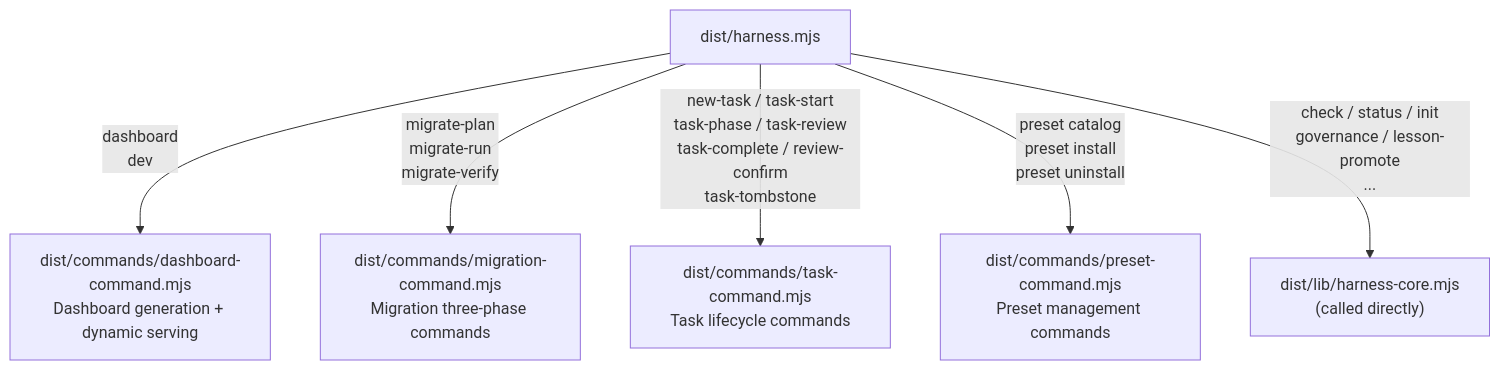
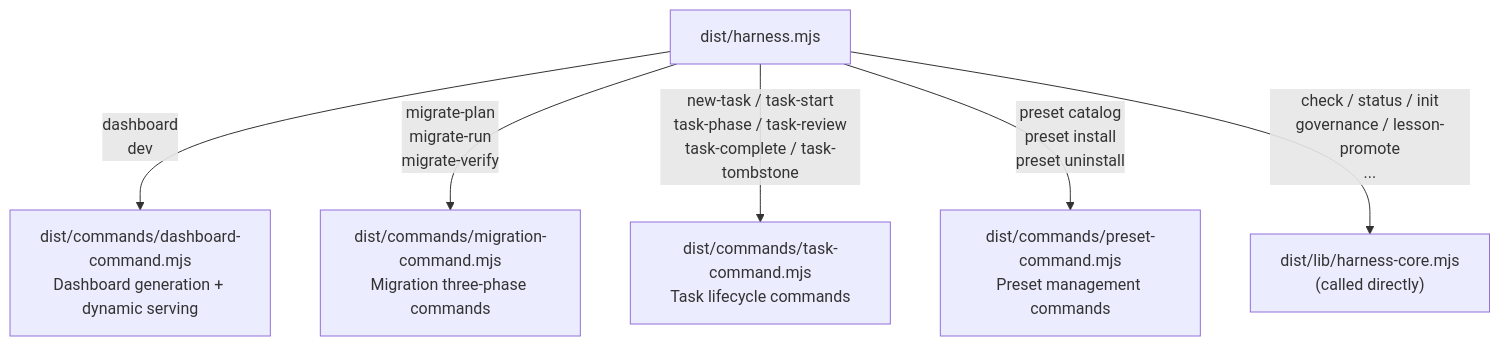
One commit to FairladyZ625/coding-agent-harness changed the second of 10 diagrams in docs-release/architecture/system-explainer/en-US/02-module-dependency.md. Above: the diagram before and after it, drawn with Mermaid. The commit also changed other lines of this file and 33 other files, not shown here.

````diff
--- a/docs-release/architecture/system-explainer/en-US/02-module-dependency.md
+++ b/docs-release/architecture/system-explainer/en-US/02-module-dependency.md
@@ -20,10 +20,10 @@
 ```mermaid
 flowchart TD
   Entry["dist/harness.mjs"]
 
   Entry -->|"dashboard\ndev"| DashCmd["dist/commands/dashboard-command.mjs\nDashboard generation + dynamic serving"]
   Entry -->|"migrate-plan\nmigrate-run\nmigrate-verify"| MigCmd["dist/commands/migration-command.mjs\nMigration three-phase commands"]
-  Entry -->|"new-task / task-start\ntask-phase / task-review\ntask-complete / review-confirm\ntask-tombstone"| TaskCmd["dist/commands/task-command.mjs\nTask lifecycle commands"]
+  Entry -->|"new-task / task-start\ntask-phase / task-review\ntask-complete / task-tombstone"| TaskCmd["dist/commands/task-command.mjs\nTask lifecycle commands"]
   Entry -->|"preset catalog\npreset install\npreset uninstall"| PresetCmd["dist/commands/preset-command.mjs\nPreset management commands"]
   Entry -->|"check / status / init\ngovernance / lesson-promote\n..."| Core["dist/lib/harness-core.mjs\n(called directly)"]
 ```
````
